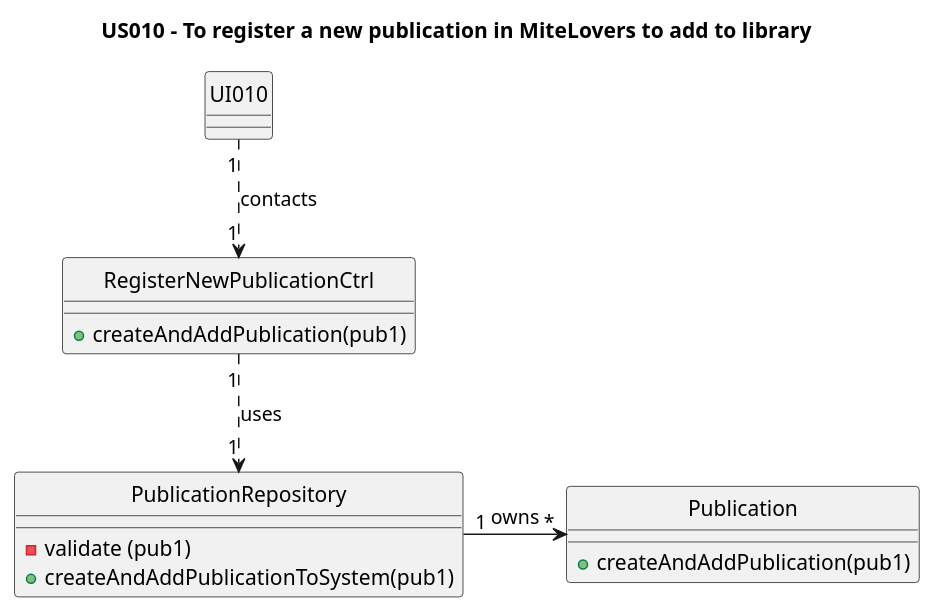
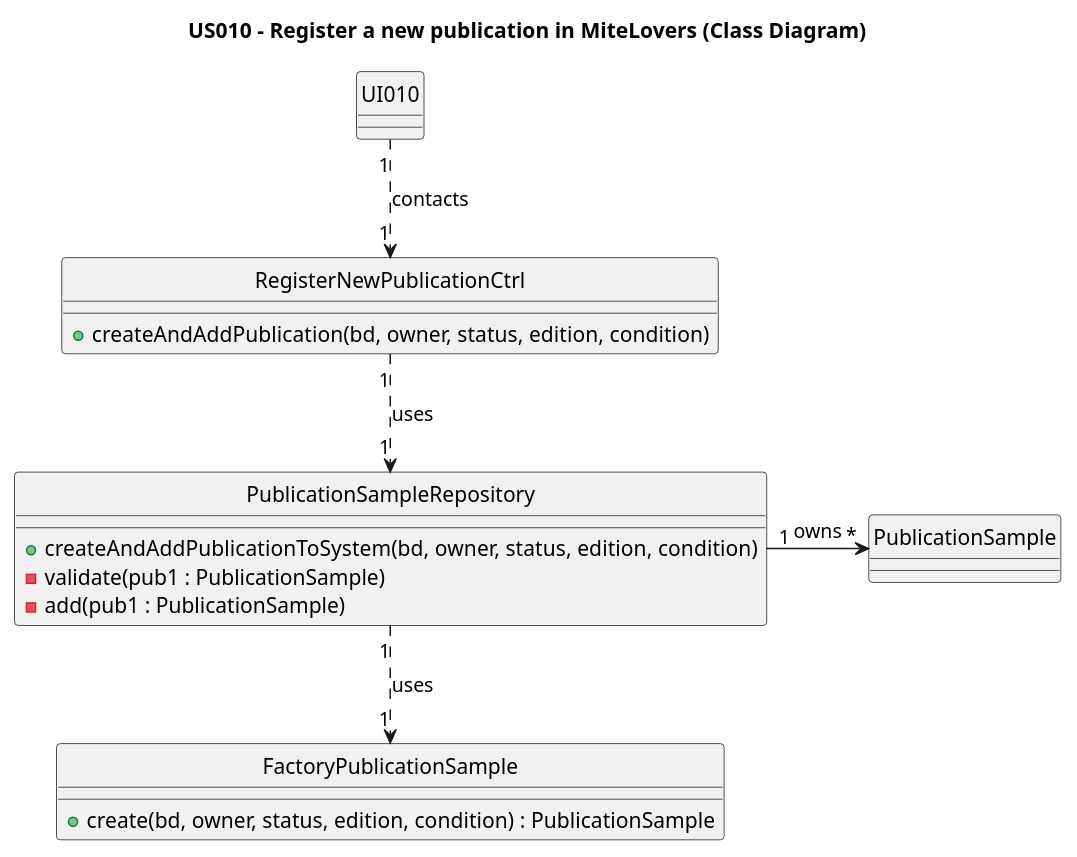
Before and after one commit to AndrePereiraGitH/SWitCH-Project-Team_A: the diagram in Diagrams/ClassDiagrams/US010-to-register-a-publication-to-add-to-library.puml, drawn with PlantUML. The commit also changed 3 other files, not shown here.

```diff
--- a/Diagrams/ClassDiagrams/US010-to-register-a-publication-to-add-to-library.puml
+++ b/Diagrams/ClassDiagrams/US010-to-register-a-publication-to-add-to-library.puml
@@ -1,30 +1,31 @@
 @startuml
-title US010 - To register a new publication in MiteLovers to add to library
+title US010 - Register a new publication in MiteLovers (Class Diagram)
 
 hide circle
 
 class UI010 {
 }
 
 class RegisterNewPublicationCtrl {
-+createAndAddPublication(pub1)
+  +createAndAddPublication(bd, owner, status, edition, condition)
 }
 
-class PublicationRepository{
-
--validate (pub1)
-+createAndAddPublicationToSystem(pub1)
+class PublicationSampleRepository {
+  +createAndAddPublicationToSystem(bd, owner, status, edition, condition)
+  -validate(pub1 : PublicationSample)
+  -add(pub1 : PublicationSample)
 }
 
-class Publication {
-+createAndAddPublication(pub1)
+class FactoryPublicationSample {
+  +create(bd, owner, status, edition, condition) : PublicationSample
 }
 
-' interactions
+class PublicationSample {
+}
+
 UI010 "1" ..> "1" RegisterNewPublicationCtrl : contacts
-RegisterNewPublicationCtrl "1" ..> "1" PublicationRepository : uses
-PublicationRepository "1" -> "*" Publication : owns
-
-'missing cardinalities
+RegisterNewPublicationCtrl "1" ..> "1" PublicationSampleRepository : uses
+PublicationSampleRepository "1" ..> "1" FactoryPublicationSample : uses
+PublicationSampleRepository "1" -> "*" PublicationSample : owns
 
 @enduml
```
